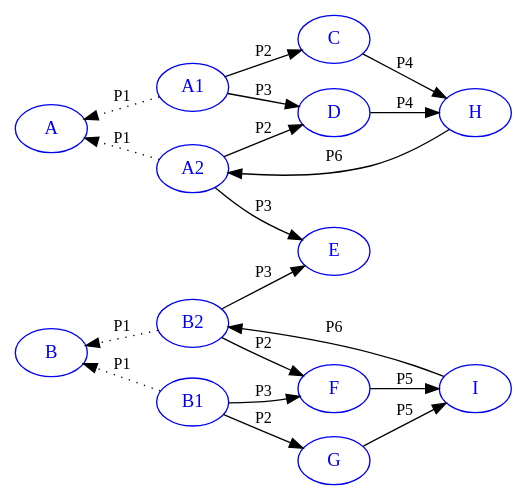
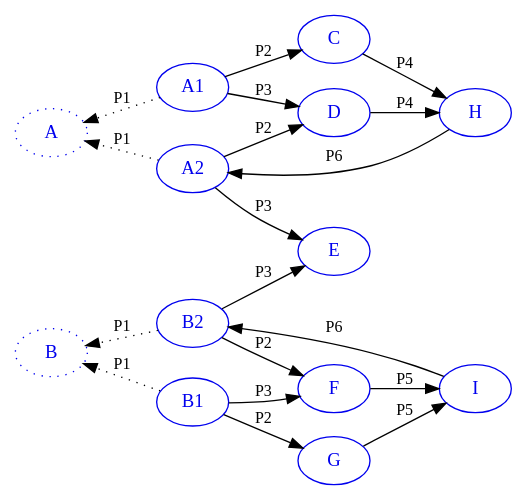
The diagram in wlkernel/example_graphs/07-Graph.dot (lorenzopalloni/wl-graph-kernels), drawn with Graphviz before and after one commit. The commit also changed 16 other files, not shown here.

```diff
--- a/wlkernel/example_graphs/07-Graph.dot
+++ b/wlkernel/example_graphs/07-Graph.dot
@@ -1,33 +1,35 @@
 digraph G {
     rankdir = LR;
     color = "blue2";
     node [color = "blue2", fontcolor = "blue2"];
     edge [fontsize = 12];
+    A [style = "dotted"]
+    B [style = "dotted"]
     A1 -> A [label = "P1", style = "dotted"]
     A2 -> A [label = "P1", style = "dotted"]
     B2 -> B [label = "P1", style = "dotted"]
     B1 -> B [label = "P1", style = "dotted"]
     
     A1 -> C [label = "P2"]
     A1 -> D [label = "P3"]
     A2 -> D [label = "P2"]
     A2 -> E [label = "P3"]
     B2 -> E [label = "P3"]
     B2 -> F [label = "P2"]
     B1 -> F [label = "P3"]
     B1 -> G [label = "P2"]
 
     C -> H [label = "P4"] 
     D -> H [label = "P4"]
     F -> I [label = "P5"]
     G -> I [label = "P5"]
 
     H -> A2 [label = "P6"]
     I -> B2 [label = "P6"]
     
 
     {rank = min; A; B;}
     {rank = same; A1; A2; B2; B1;}
     {rank = same; C; D; E; F; G;}
     {rank = max; H; I;}
 }
```
